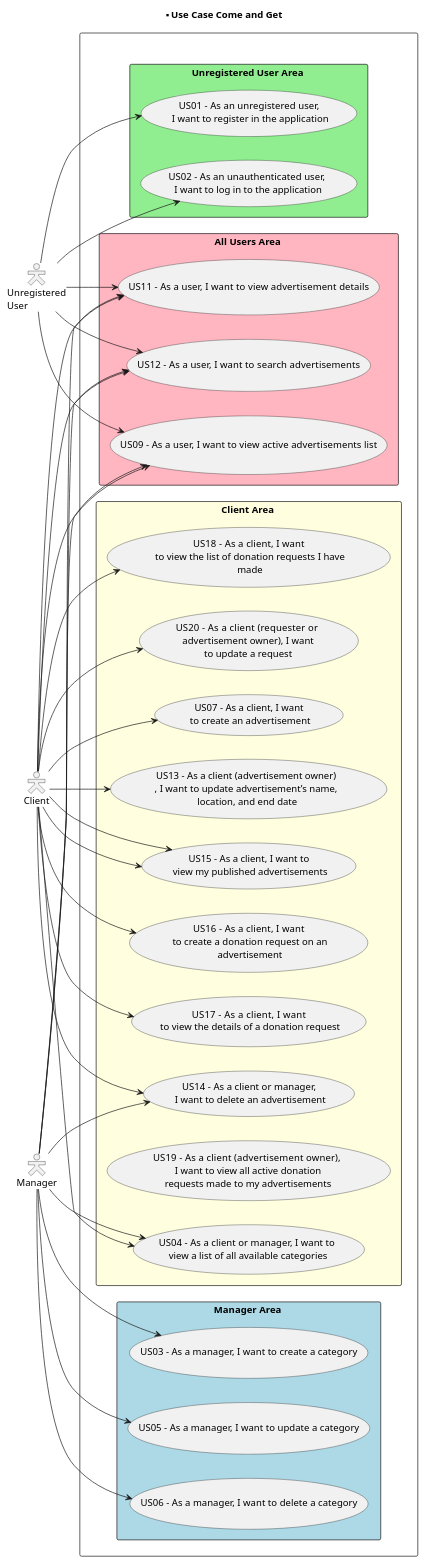
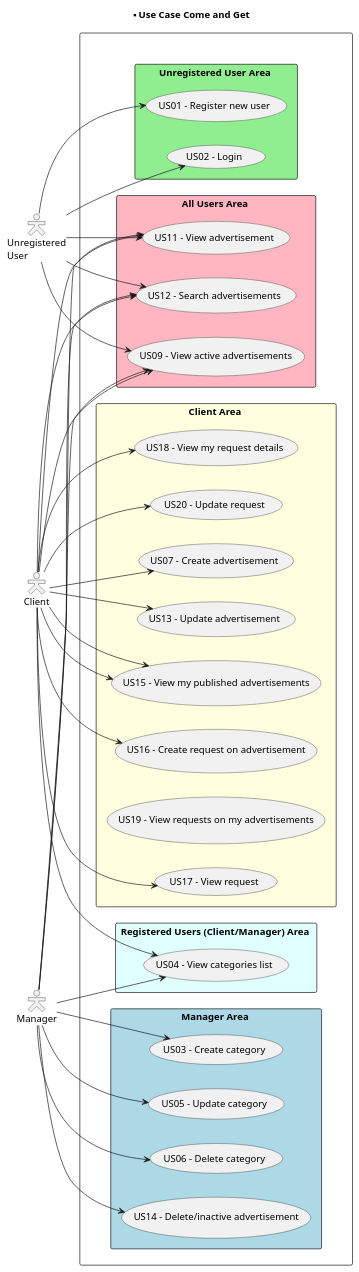
Before and after one commit to vivianeaalmeida/ComeAndGet: the diagram in Docs/global-artifacts/01-requirements-engineering/UCD.puml, drawn with PlantUML. The commit also changed 1 other file, not shown here.

Commit message:
[Docs] Change UC diagram

```diff
--- a/Docs/global-artifacts/01-requirements-engineering/UCD.puml
+++ b/Docs/global-artifacts/01-requirements-engineering/UCD.puml
@@ -1,80 +1,84 @@
 @startuml
 
 title ******* Use Case Come and Get
 
 left to right direction
 skinparam actorStyle hollow
   actor "Unregistered\nUser"
   actor "Client"
   actor "Manager"
 
 
-
-
 rectangle " " as usecase1 {
 
     rectangle "All Users Area " as usecase2 #Lightpink{
 
-            usecase "US09 -  As a user, I want to view active advertisements list" as US09
-            usecase "US11 -  As a user, I want to view advertisement details" as US11
-            usecase "US12 -  As a user, I want to search advertisements" as US12
+            usecase "US09 - View active advertisements" as US09
+            usecase "US11 - View advertisement" as US11
+            usecase "US12 - Search advertisements" as US12
 
             "Client" --> US09
             "Client" --> US11
             "Client" --> US12
             "Unregistered\nUser" --> US09
             "Unregistered\nUser" --> US11
             "Unregistered\nUser" --> US12
             "Manager" --> US09
             "Manager" --> US11
             "Manager" --> US12
          }
 
     rectangle "Unregistered User Area " as usecase3 #Lightgreen{
 
-            usecase "US01 - As an unregistered user,\n I want to register in the application" as US01
-            usecase "US02 - As an unauthenticated user,\n I want to log in to the application" as US02
+            usecase "US01 - Register new user" as US01
+            usecase "US02 - Login" as US02
 
             "Unregistered\nUser" --> US01
             "Unregistered\nUser" --> US02
          }
 
-     rectangle "Client Area " as usecase4 #Lightyellow{
+    rectangle "Registered Users (Client/Manager) Area " as usecase4 #Lightcyan{
 
-            usecase "US04 - As a client or manager, I want to\n view a list of all available categories" as US04
-            usecase "US07 - As a client, I want\n to create an advertisement" as US07
-            usecase "US13 - As a client (advertisement owner)\n, I want to update advertisement’s name,\n location, and end date" as US13
-            usecase "US15 - As a client, I want to\n view my published advertisements" as US15
-            usecase "US14 - As a client or manager,\n I want to delete an advertisement" as US14
-            usecase "US16 -  As a client, I want\n to create a donation request on an\n advertisement" as US16
-            usecase "US17 -   As a client, I want\n to view the details of a donation request" as US17
-            usecase "US18 -  As a client, I want\n to view the list of donation requests I have\n made" as US18
-            usecase "US19 -   As a client (advertisement owner),\n I want to view all active donation\n requests made to my advertisements" as US19
-            usecase "US20 -   As a client (requester or\n advertisement owner), I want\n to update a request" as US20
+            usecase "US04 - View categories list" as US04
+
+            "Client" --> US04
+            "Manager" --> US04
+         }
+
+     rectangle "Client Area " as usecase5 #Lightyellow{
+
+
+            usecase "US07 - Create advertisement" as US07
+            usecase "US13 - Update advertisement" as US13
+            usecase "US15 - View my published advertisements" as US15
+            usecase "US16 - Create request on advertisement" as US16
+            usecase "US17 - View request" as US17
+            usecase "US18 - View my request details" as US18
+            usecase "US19 - View requests on my advertisements" as US19
+            usecase "US20 - Update request" as US20
 
             "Client" --> US15
             "Client" --> US20
             "Client" --> US18
             "Client" --> US17
             "Client" --> US16
             "Client" --> US15
-            "Client" --> US14
             "Client" --> US13
-            "Client" --> US04
             "Client" --> US07
-            "Manager" --> US04
-            "Manager" --> US14
 
         }
 
-    rectangle "Manager Area " as usecase5 #Lightblue{
+    rectangle "Manager Area " as usecase6 #Lightblue{
 
-            usecase "US03 - As a manager, I want to create a category" as US03
-            usecase "US05 - As a manager, I want to update a category" as US05
-            usecase "US06 - As a manager, I want to delete a category" as US06
+            usecase "US03 - Create category" as US03
+            usecase "US05 - Update category" as US05
+            usecase "US06 - Delete category" as US06
+            usecase "US14 - Delete/inactive advertisement" as US14
+
             "Manager" --> US03
             "Manager" --> US05
             "Manager" --> US06
+            "Manager" --> US14
         }
 }
 @enduml
```
